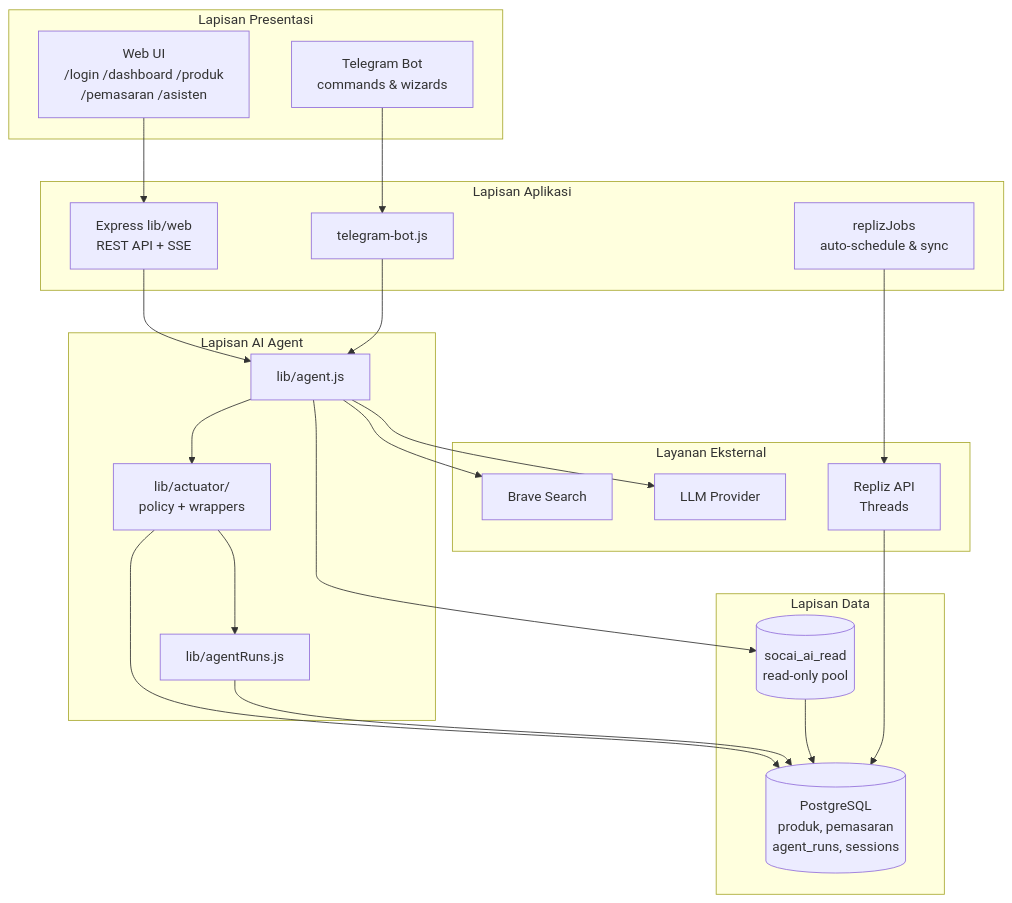
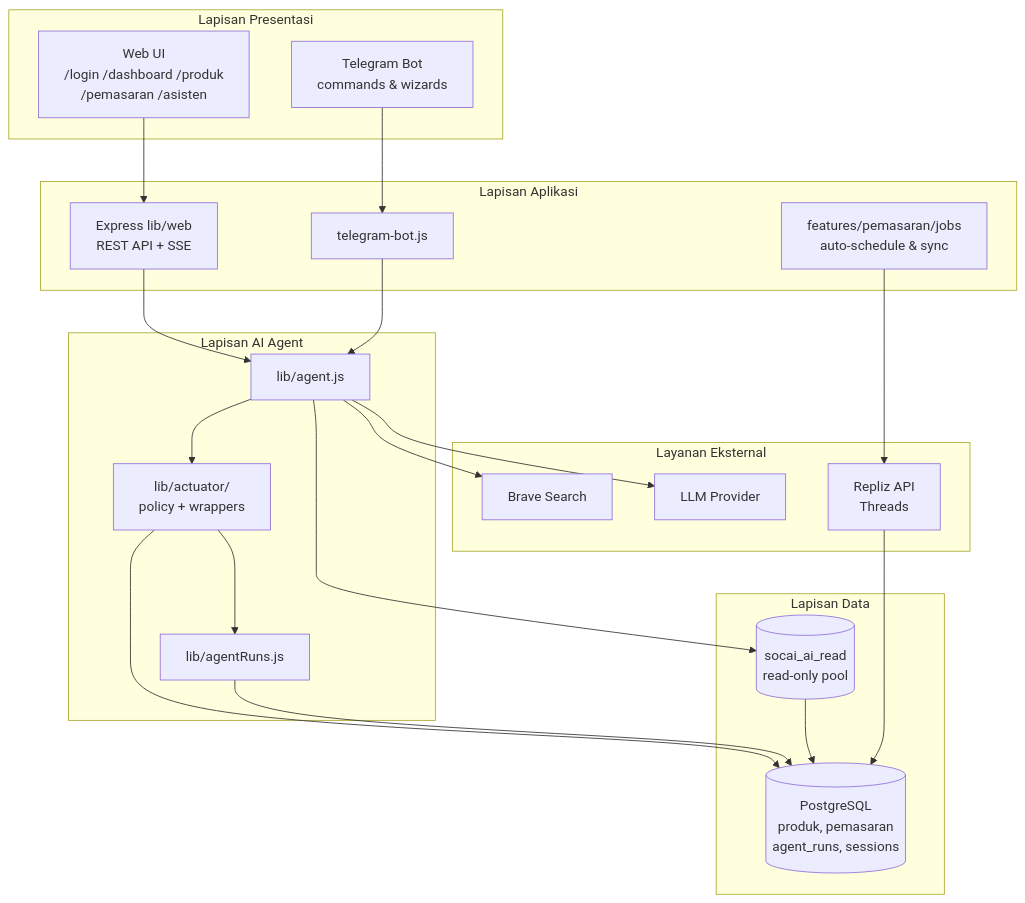
Before and after one commit to iggbudi/socai: the second of 12 diagrams in README.md, drawn with Mermaid. The commit also changed other lines of this file and 20 other files, not shown here.

Commit message:
refactor(pemasaran): move pemasaran feature to lib/features/ (vertical slicing F5)

````diff
--- a/README.md
+++ b/README.md
@@ -128,41 +127,41 @@
 ```mermaid
 flowchart TB
     subgraph Presentation["Lapisan Presentasi"]
         WEB["Web UI\n/login /dashboard /produk\n/pemasaran /asisten"]
         TG["Telegram Bot\ncommands & wizards"]
     end
 
     subgraph Application["Lapisan Aplikasi"]
         EXP["Express lib/web\nREST API + SSE"]
         BOT["telegram-bot.js"]
-        JOBS["replizJobs\nauto-schedule & sync"]
+        JOBS["features/pemasaran/jobs\nauto-schedule & sync"]
     end
 
     subgraph Agent["Lapisan AI Agent"]
         AG["lib/agent.js"]
         ACT["lib/actuator/\npolicy + wrappers"]
         AR["lib/agentRuns.js"]
     end
 
     subgraph Data["Lapisan Data"]
         PG[("PostgreSQL\nproduk, pemasaran\nagent_runs, sessions")]
         RO[("socai_ai_read\nread-only pool")]
     end
 
     subgraph External["Layanan Eksternal"]
         REP["Repliz API\nThreads"]
         LLM["LLM Provider"]
         BR["Brave Search"]
     end
 
     WEB --> EXP
     TG --> BOT
     EXP --> AG
     BOT --> AG
     AG --> ACT --> PG
     ACT --> AR --> PG
     AG --> RO --> PG
     AG --> BR
     AG --> LLM
     JOBS --> REP --> PG
 ```
````
